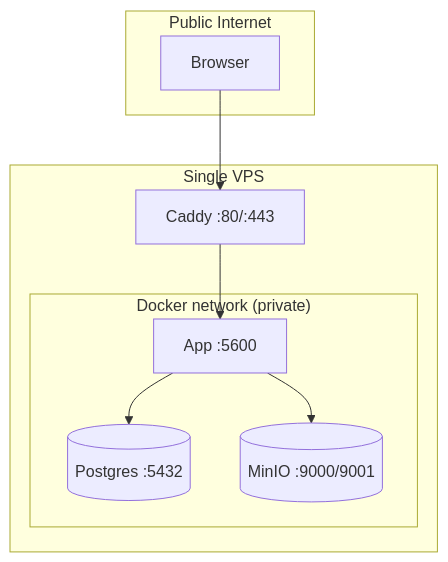
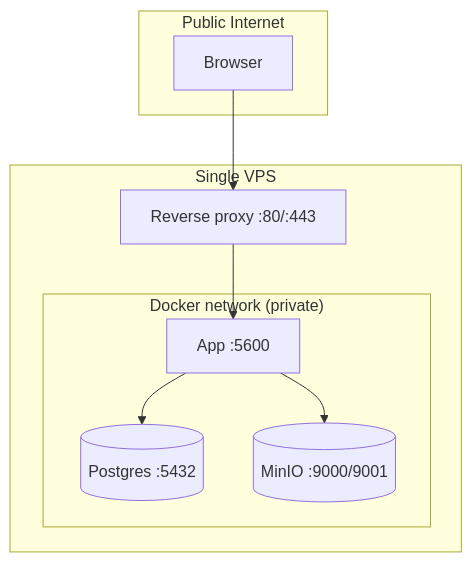
The second of 2 diagrams in docs/01-architecture.md (ChristopherBiel/TriviaQuiz), drawn with Mermaid before and after one commit. The commit also changed other lines of this file and 14 other files, not shown here.

Commit message:
Updated documentation to mirror recent architecture changes

````diff
--- a/docs/01-architecture.md
+++ b/docs/01-architecture.md
@@ -22,20 +22,20 @@
 ```mermaid
 flowchart TB
     subgraph Public[Public Internet]
         Browser2[Browser]
     end
 
     subgraph VPS[Single VPS]
-        Caddy2["Caddy :80/:443"]
+        Proxy2["Reverse proxy :80/:443"]
         subgraph Docker["Docker network (private)"]
             App2["App :5600"]
             Postgres2[("Postgres :5432")]
             MinIO2[("MinIO :9000/9001")]
         end
     end
 
-    Browser2 --> Caddy2
-    Caddy2 --> App2
+    Browser2 --> Proxy2
+    Proxy2 --> App2
     App2 --> Postgres2
     App2 --> MinIO2
 ```
````
